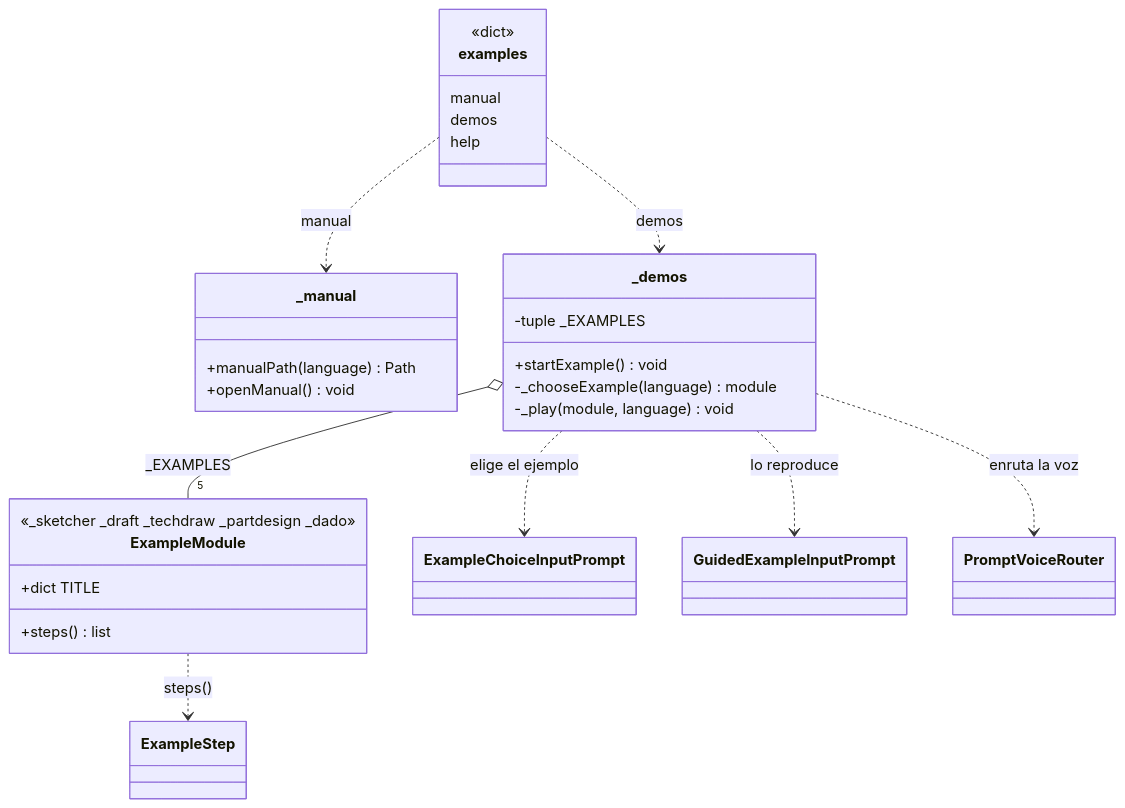
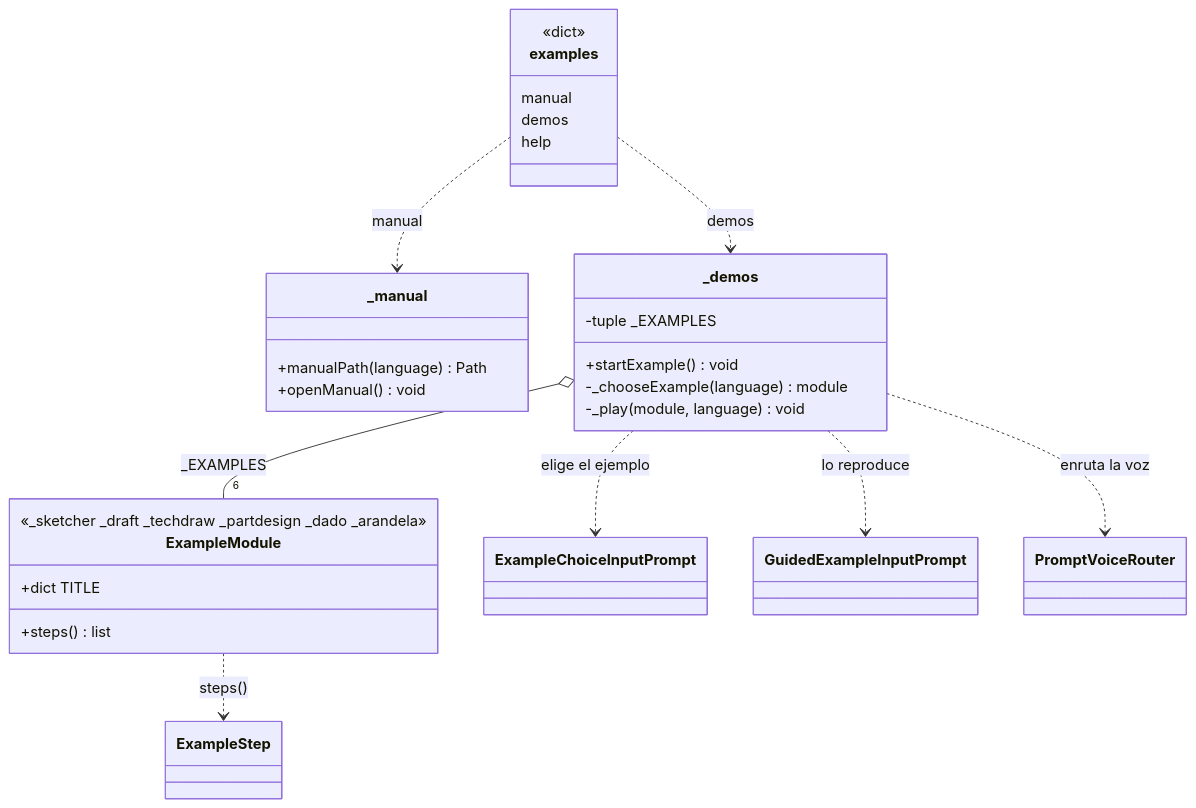
The diagram in Dav/docs/diagramas/Examples.md (DAv-Project-Team-UADER/DAV), drawn with Mermaid before and after one commit. The commit also changed other lines of this file and 3 other files, not shown here.

````diff
--- a/Dav/docs/diagramas/Examples.md
+++ b/Dav/docs/diagramas/Examples.md
@@ -10,40 +10,40 @@
 ```mermaid
 classDiagram
     class examples {
         <<dict>>
         manual
         demos
         help
     }
 
     class _manual {
         +manualPath(language) Path
         +openManual() void
     }
 
     class _demos {
         -tuple _EXAMPLES
         +startExample() void
         -_chooseExample(language) module
         -_play(module, language) void
     }
 
     class ExampleModule {
-        <<_sketcher _draft _techdraw _partdesign _dado>>
+        <<_sketcher _draft _techdraw _partdesign _dado _arandela>>
         +dict TITLE
         +steps() list
     }
 
     class ExampleChoiceInputPrompt
     class GuidedExampleInputPrompt
     class ExampleStep
     class PromptVoiceRouter
 
     examples ..> _manual : manual
     examples ..> _demos : demos
-    _demos o-- "5" ExampleModule : _EXAMPLES
+    _demos o-- "6" ExampleModule : _EXAMPLES
     _demos ..> ExampleChoiceInputPrompt : elige el ejemplo
     _demos ..> GuidedExampleInputPrompt : lo reproduce
     _demos ..> PromptVoiceRouter : enruta la voz
     ExampleModule ..> ExampleStep : steps()
 ```
````
